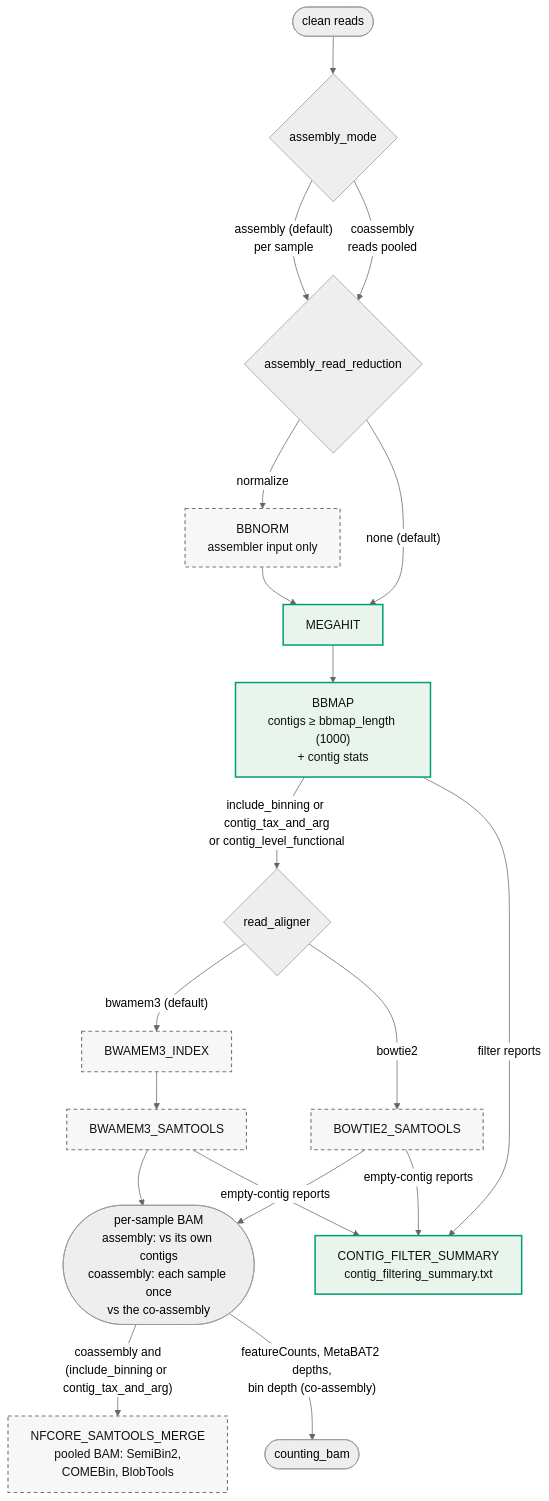
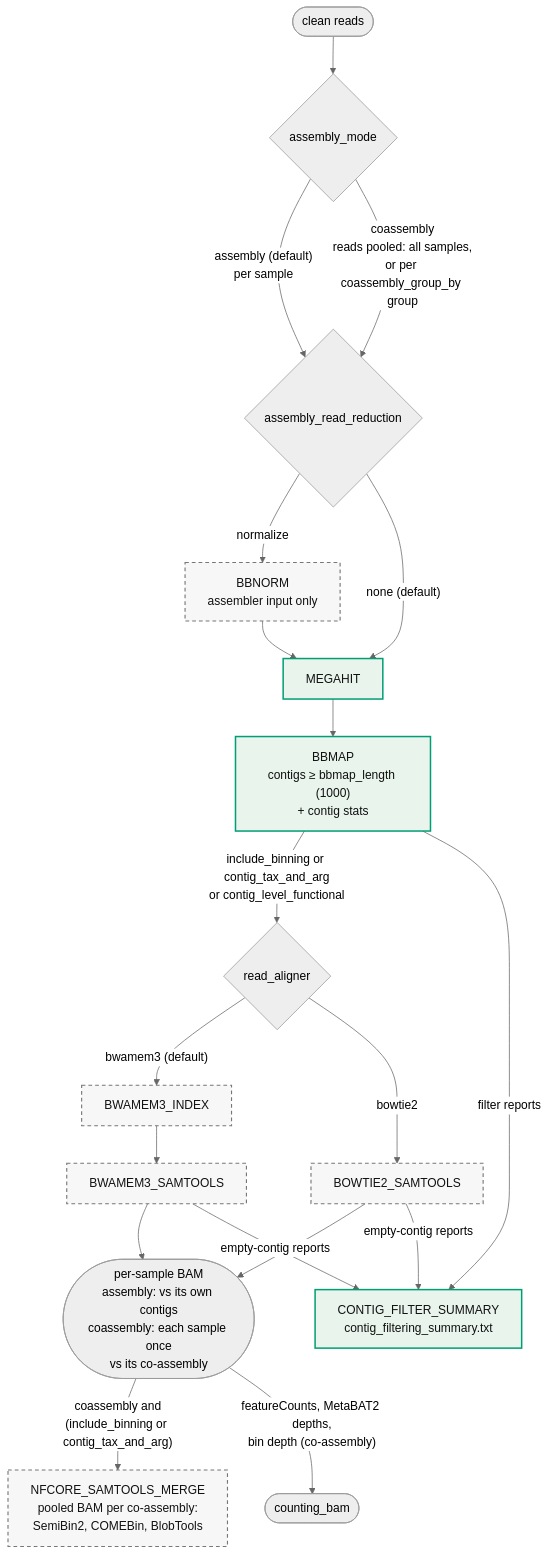
Before and after one commit to gene2dis/BugBuster: the seventh of 13 diagrams in docs/WORKFLOW_DIAGRAM.md, drawn with Mermaid (neutral theme). The commit also changed other lines of this file and 6 other files, not shown here.

First line of the commit message:
docs: co-assembly per metadata group and the new MAG depth

````diff
--- a/docs/WORKFLOW_DIAGRAM.md
+++ b/docs/WORKFLOW_DIAGRAM.md
@@ -262,25 +265,25 @@
 ```mermaid
 flowchart TD
     Clean(["clean reads"]) --> Mode{assembly_mode}
     Mode -->|"assembly (default)<br/>per sample"| Red
-    Mode -->|"coassembly<br/>reads pooled"| Red
+    Mode -->|"coassembly<br/>reads pooled: all samples,<br/>or per coassembly_group_by group"| Red
     Red{assembly_read_reduction} -->|normalize| BBNORM["BBNORM<br/>assembler input only"]
     Red -->|"none (default)"| MEGAHIT
     BBNORM --> MEGAHIT
     MEGAHIT --> BBMAP["BBMAP<br/>contigs ≥ bbmap_length (1000)<br/>+ contig stats"]
 
     BBMAP -->|"include_binning or contig_tax_and_arg<br/>or contig_level_functional"| Aln{read_aligner}
     Aln -->|"bwamem3 (default)"| BWAMEM3_INDEX --> BWAMEM3_SAMTOOLS
     Aln -->|bowtie2| BOWTIE2_SAMTOOLS
-    BWAMEM3_SAMTOOLS & BOWTIE2_SAMTOOLS --> SampleBAM(["per-sample BAM<br/>assembly: vs its own contigs<br/>coassembly: each sample once<br/>vs the co-assembly"])
-    SampleBAM -->|"coassembly and<br/>(include_binning or contig_tax_and_arg)"| NFCORE_SAMTOOLS_MERGE["NFCORE_SAMTOOLS_MERGE<br/>pooled BAM: SemiBin2,<br/>COMEBin, BlobTools"]
+    BWAMEM3_SAMTOOLS & BOWTIE2_SAMTOOLS --> SampleBAM(["per-sample BAM<br/>assembly: vs its own contigs<br/>coassembly: each sample once<br/>vs its co-assembly"])
+    SampleBAM -->|"coassembly and<br/>(include_binning or contig_tax_and_arg)"| NFCORE_SAMTOOLS_MERGE["NFCORE_SAMTOOLS_MERGE<br/>pooled BAM per co-assembly:<br/>SemiBin2, COMEBin, BlobTools"]
     SampleBAM -->|"featureCounts, MetaBAT2 depths,<br/>bin depth (co-assembly)"| Out(["counting_bam"])
 
     BBMAP -->|filter reports| CONTIG_FILTER_SUMMARY
     BWAMEM3_SAMTOOLS & BOWTIE2_SAMTOOLS -->|empty-contig reports| CONTIG_FILTER_SUMMARY["CONTIG_FILTER_SUMMARY<br/>contig_filtering_summary.txt"]
 
     classDef on fill:#E8F4EC,stroke:#009E73,stroke-width:2px,color:#111
     classDef opt fill:#F7F7F7,stroke:#777,stroke-width:1.5px,stroke-dasharray:5 4,color:#111
     class MEGAHIT,BBMAP,CONTIG_FILTER_SUMMARY on
     class BBNORM,BWAMEM3_INDEX,BWAMEM3_SAMTOOLS,BOWTIE2_SAMTOOLS,NFCORE_SAMTOOLS_MERGE opt
 ```
````
